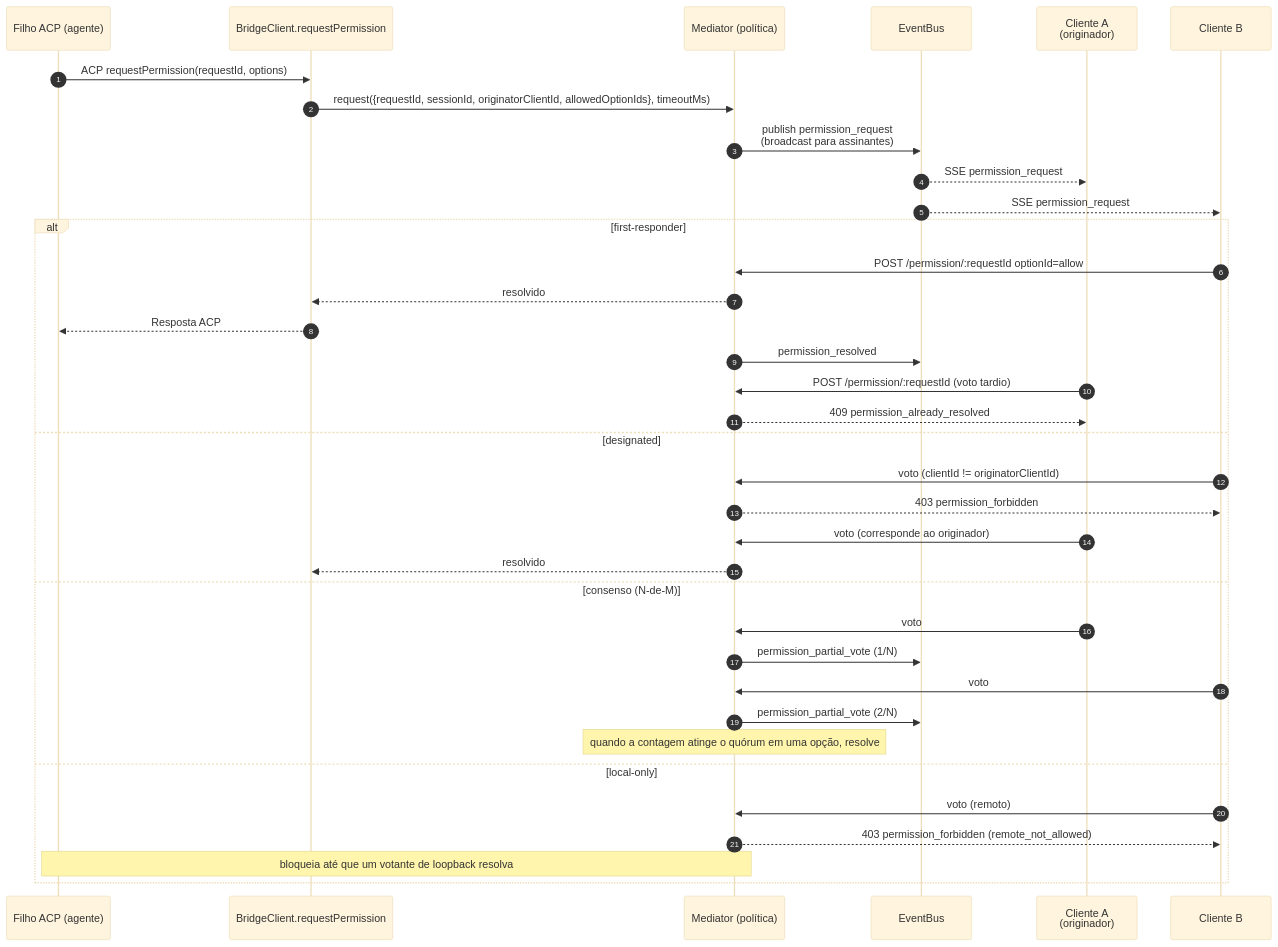
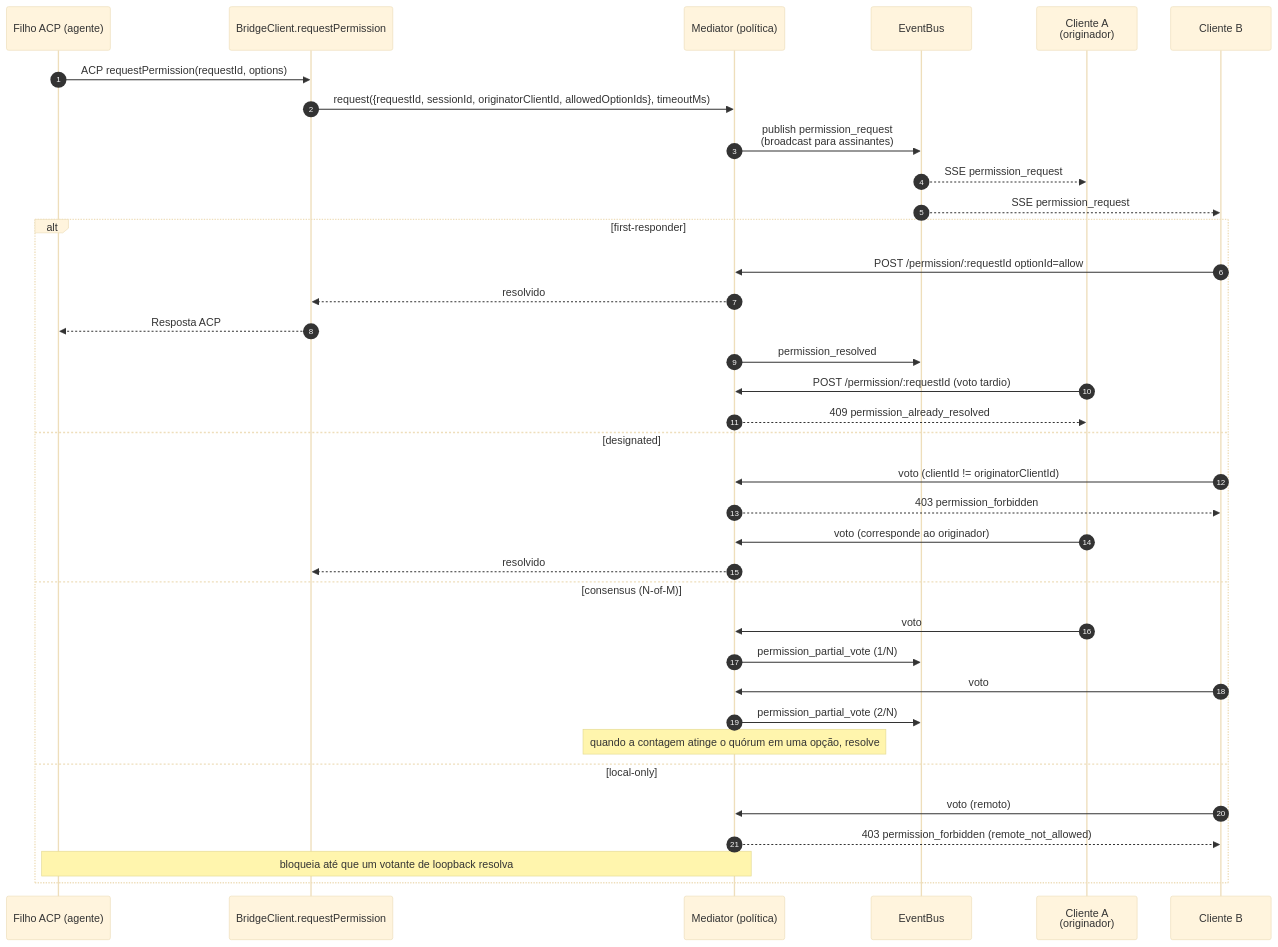
The fifth of 7 diagrams in website/content/pt-BR/developers/daemon/01-architecture.md (QwenLM/qwen-code-docs), drawn with Mermaid (base theme) before and after one commit. The commit also changed other lines of this file and 83 other files, not shown here.

````diff
--- a/website/content/pt-BR/developers/daemon/01-architecture.md
+++ b/website/content/pt-BR/developers/daemon/01-architecture.md
@@ -203,40 +203,40 @@
 ```mermaid
 sequenceDiagram
     autonumber
     participant CH as Filho ACP (agente)
     participant BC as BridgeClient.requestPermission
     participant MED as Mediator (política)
     participant EB as EventBus
     participant C1 as Cliente A<br/>(originador)
     participant C2 as Cliente B
 
     CH->>BC: ACP requestPermission(requestId, options)
     BC->>MED: request({requestId, sessionId, originatorClientId, allowedOptionIds}, timeoutMs)
     MED->>EB: publish permission_request<br/>(broadcast para assinantes)
     EB-->>C1: SSE permission_request
     EB-->>C2: SSE permission_request
 
     alt first-responder
         C2->>MED: POST /permission/:requestId optionId=allow
         MED-->>BC: resolvido
         BC-->>CH: Resposta ACP
         MED->>EB: permission_resolved
         C1->>MED: POST /permission/:requestId (voto tardio)
         MED-->>C1: 409 permission_already_resolved
     else designated
         C2->>MED: voto (clientId != originatorClientId)
         MED-->>C2: 403 permission_forbidden
         C1->>MED: voto (corresponde ao originador)
         MED-->>BC: resolvido
-    else consenso (N-de-M)
+    else consensus (N-of-M)
         C1->>MED: voto
         MED->>EB: permission_partial_vote (1/N)
         C2->>MED: voto
         MED->>EB: permission_partial_vote (2/N)
         Note over MED: quando a contagem atinge o quórum em uma opção, resolve
     else local-only
         C2->>MED: voto (remoto)
         MED-->>C2: 403 permission_forbidden (remote_not_allowed)
         Note over MED,CH: bloqueia até que um votante de loopback resolva
     end
 ```
````
